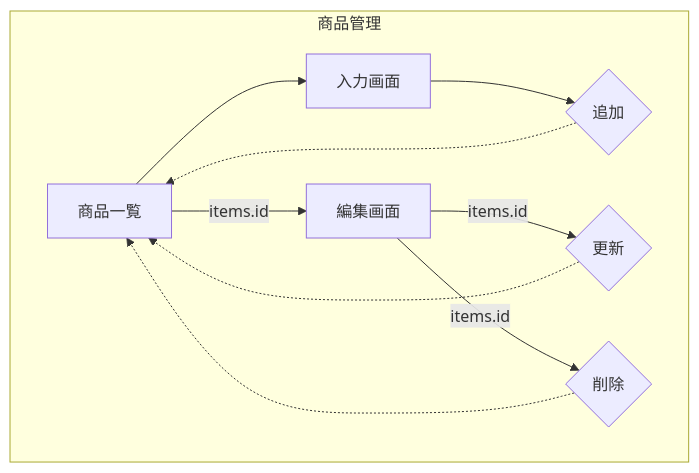
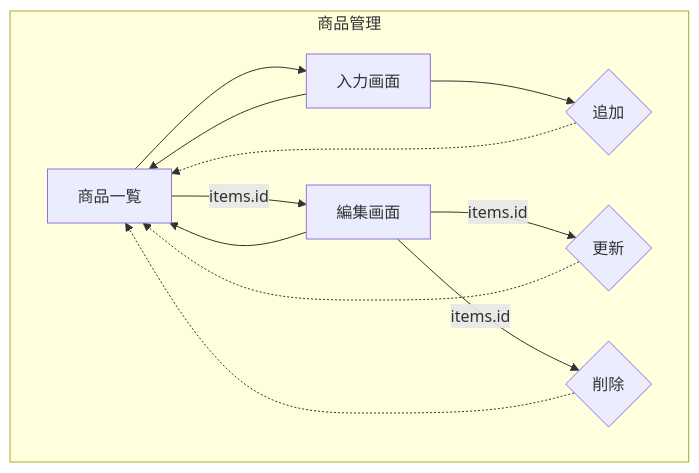
Before and after one commit to yse-yoo/my_shop_2024_ig21: the diagram in doc/item_flow.md, drawn with Mermaid. The commit also changed 2 other files, not shown here.

````diff
--- a/doc/item_flow.md
+++ b/doc/item_flow.md
@@ -1,14 +1,16 @@
 ```mermaid
 flowchart TD
 
 subgraph 商品管理
 list[商品一覧]
 input[入力画面]
 edit[編集画面]
 
 list-->input-->add{追加}-.->list
 list-->|items.id|edit-->|items.id|update{更新}-.->list
 edit-->|items.id|delete{削除}-.->list
+input-->list
+edit-->list
 
 end
 ```
````
